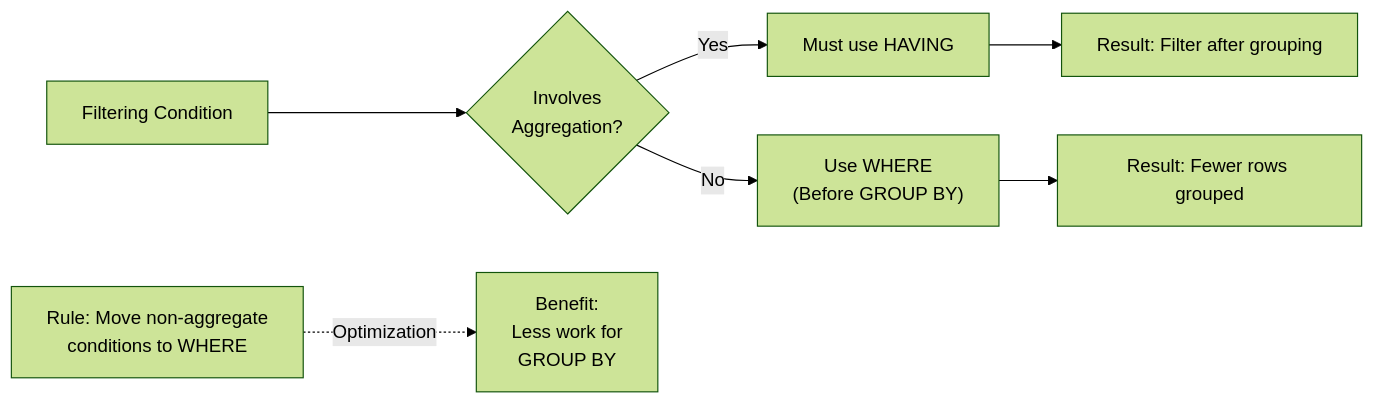
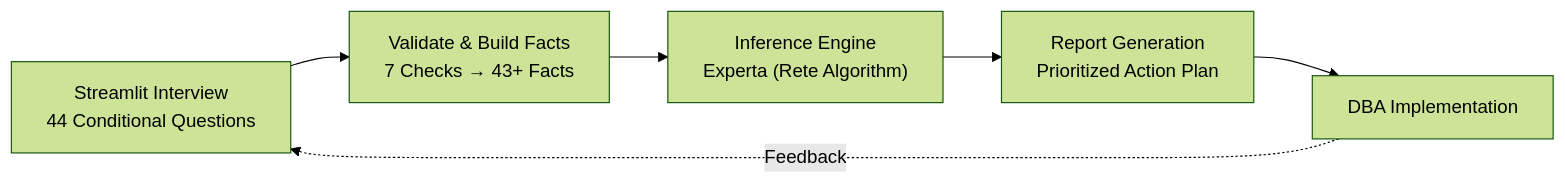
One commit to fourth-year-team/Expert-System-Query-Optimizer-Project changed the fifth of 5 diagrams in docs/diagrams.md. Above: the diagram before and after it, drawn with Mermaid (forest theme). The commit also changed other lines of this file and 9 other files, not shown here.

````diff
--- a/docs/diagrams.md
+++ b/docs/diagrams.md
@@ -239,12 +184,8 @@
 ```mermaid
 flowchart LR
-    A["Filtering Condition"] --> B{"Involves<br/>Aggregation?"}
-    
-    B -->|"Yes"| C["Must use HAVING"]
-    B -->|"No"| D["Use WHERE<br/>(Before GROUP BY)"]
-    
-    D --> E["Result: Fewer rows grouped"]
-    C --> F["Result: Filter after grouping"]
-    
-    G["Rule: Move non-aggregate<br/>conditions to WHERE"] -.->|"Optimization"| H["Benefit:<br/>Less work for<br/>GROUP BY"]
+    Step1["Streamlit Interview<br/>44 Conditional Questions"] --> Step2["Validate & Build Facts<br/>7 Checks → 43+ Facts"]
+    Step2 --> Step3["Inference Engine<br/>Experta (Rete Algorithm)"]
+    Step3 --> Step4["Report Generation<br/>Prioritized Action Plan"]
+    Step4 --> Step5["DBA Implementation"]
+    Step5 -.->|"Feedback"| Step1
 ```
````
